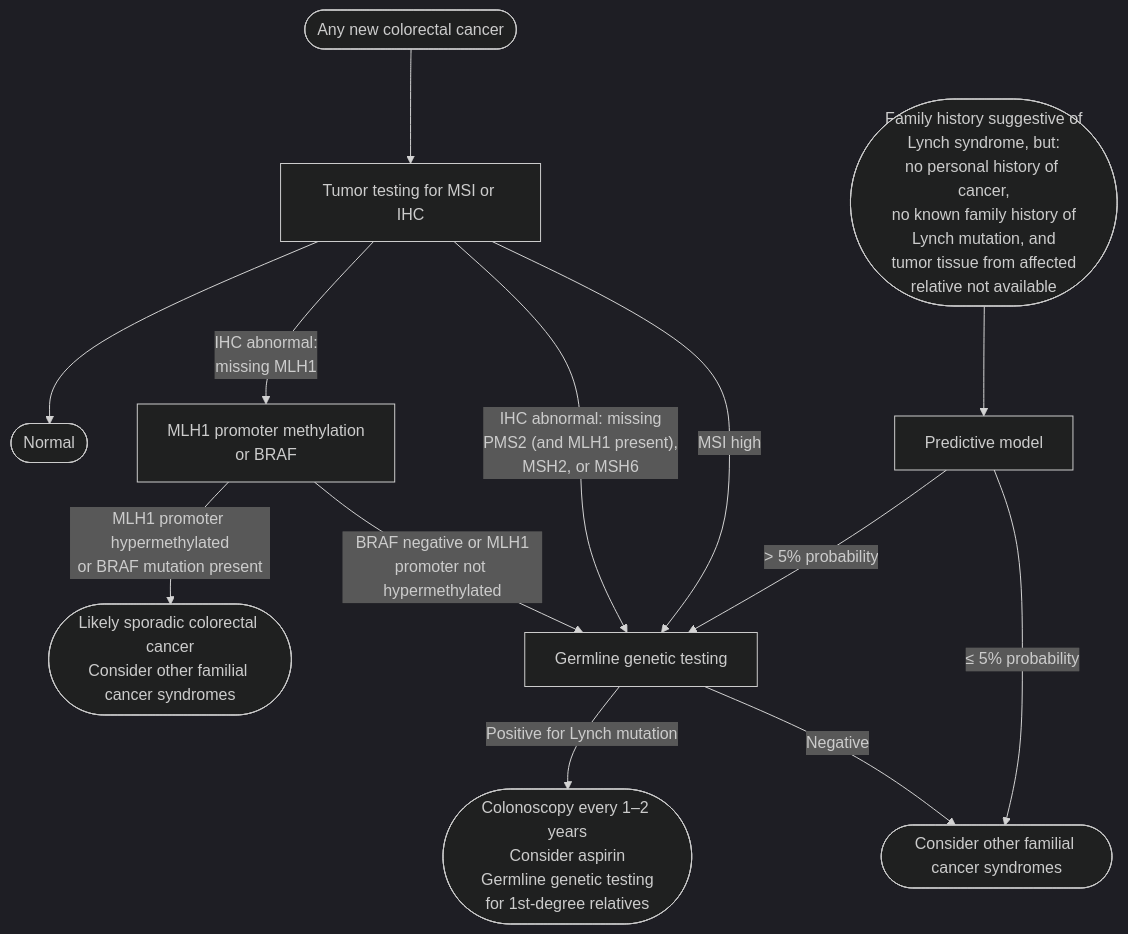
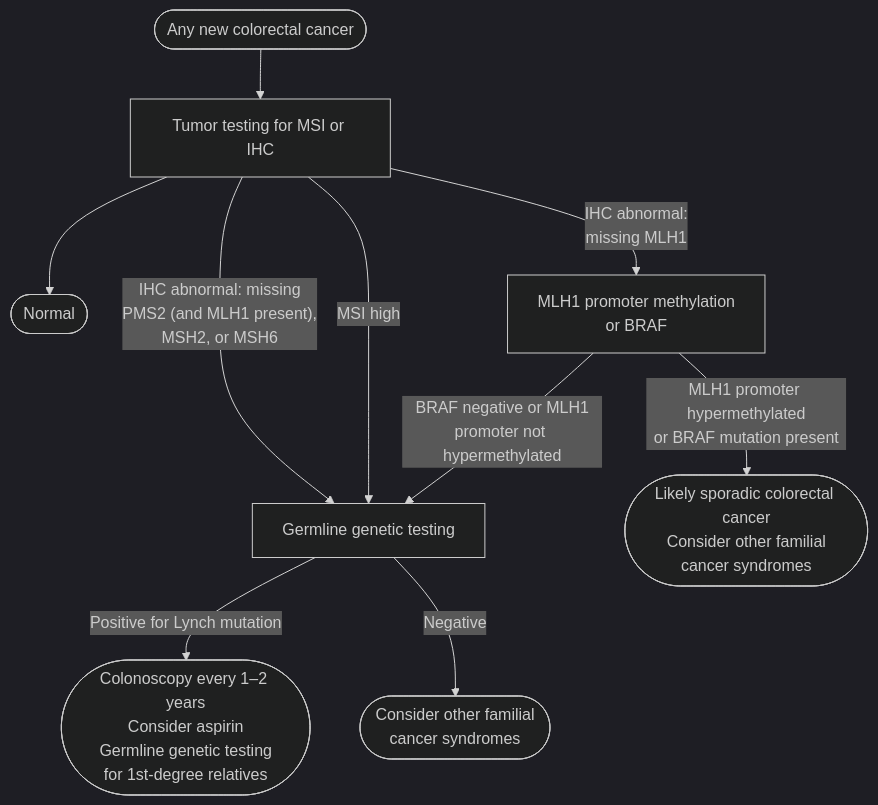
One commit to KHNickLeMD/KHNL-GI-Wiki changed the first of 2 diagrams in KHNL-GI-Wiki/wiki/1-disease-scripts/colorectal-diseases/polyposis-hereditary-syndromes/lynch-syndrome.md. Above: the diagram before and after it, drawn with Mermaid (dark theme). The commit also changed other lines of this file and 1 other file, not shown here.

Commit message:
Lynch syndrome: split AGA flowchart at its two entry points for readability

````diff
--- a/KHNL-GI-Wiki/wiki/1-disease-scripts/colorectal-diseases/polyposis-hereditary-syndromes/lynch-syndrome.md
+++ b/KHNL-GI-Wiki/wiki/1-disease-scripts/colorectal-diseases/polyposis-hereditary-syndromes/lynch-syndrome.md
@@ -47,19 +47,16 @@
 ```mermaid
 flowchart TD
     A(["Any new colorectal cancer"]) --> B["Tumor testing for MSI or IHC"]
     B --> C(["Normal"])
     B -- "IHC abnormal:<br/>missing MLH1" --> H["MLH1 promoter methylation<br/>or BRAF"]
     B -- "IHC abnormal: missing<br/>PMS2 (and MLH1 present),<br/>MSH2, or MSH6" --> L["Germline genetic testing"]
     B -- "MSI high" --> L
-    H -- "MLH1 promoter hypermethylated<br/>or BRAF mutation present" --> K(["Likely sporadic colorectal cancer<br/>Consider other familial cancer syndromes"])
+    H -- "MLH1 promoter hypermethylated<br/>or BRAF mutation present" --> K(["Likely sporadic colorectal cancer<br/>Consider other familial<br/>cancer syndromes"])
     H -- "BRAF negative or MLH1<br/>promoter not hypermethylated" --> L
-    M(["Family history suggestive of<br/>Lynch syndrome, but:<br/>no personal history of cancer,<br/>no known family history of<br/>Lynch mutation, and<br/>tumor tissue from affected<br/>relative not available"]) --> N["Predictive model"]
-    N -- "> 5% probability" --> L
-    N -- "≤ 5% probability" --> T(["Consider other familial cancer syndromes"])
     L -- "Positive for Lynch mutation" --> S(["Colonoscopy every 1–2 years<br/>Consider aspirin<br/>Germline genetic testing<br/>for 1st-degree relatives"])
-    L -- "Negative" --> T
-    class A,M start
-    class B,H,L,N test
+    L -- "Negative" --> T(["Consider other familial<br/>cancer syndromes"])
+    class A start
+    class B,H,L test
     class S act
     class C,K,T stop
 ```
````
